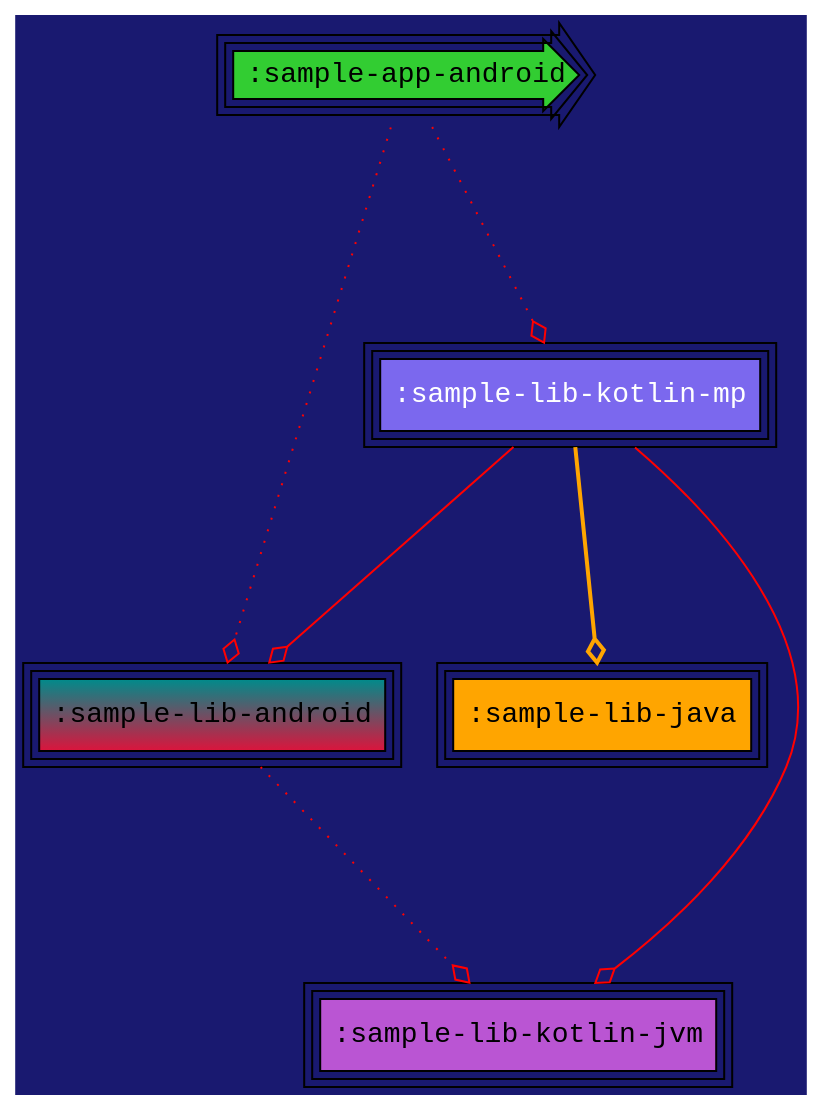
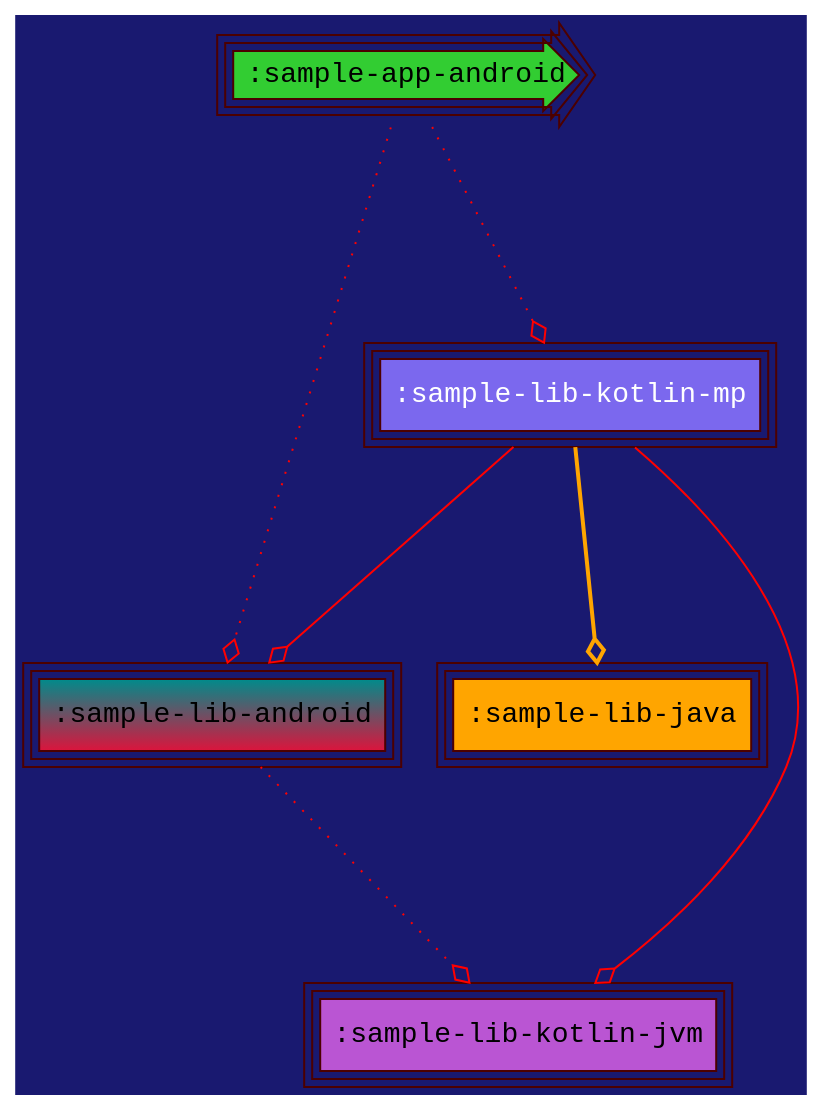
Before and after one commit to jonapoul/atlas: the diagram in samples/sample-graphviz/sample-app-android/modular/chart.dot, drawn with Graphviz. The commit also changed 47 other files, not shown here.

```diff
--- a/samples/sample-graphviz/sample-app-android/modular/chart.dot
+++ b/samples/sample-graphviz/sample-app-android/modular/chart.dot
@@ -1,16 +1,16 @@
 digraph {
   edge [arrowhead="ediamond",arrowtail="none",color="red",labelfloat="true",fontcolor="lime"]
   graph [layout="dot",bgcolor="MidnightBlue",fontsize="30",rankdir="TB",ranksep="1.5"]
-  node [fontname="Courier New",peripheries="3",style="filled",shape="box"]
+  node [fontname="Courier New",peripheries="3",style="filled",shape="box",color="#4C0000"]
   ":sample-app-android" [shape="rarrow",style="radial",fillcolor="limegreen"]
   ":sample-lib-android" [gradientangle="90",fillcolor="crimson:cyan4"]
   ":sample-lib-java" [fillcolor="orange"]
   ":sample-lib-kotlin-jvm" [fillcolor="mediumorchid"]
   ":sample-lib-kotlin-mp" [fontcolor="white",fillcolor="mediumslateblue"]
   ":sample-app-android" -> ":sample-lib-android" [style="dotted"]
   ":sample-app-android" -> ":sample-lib-kotlin-mp" [style="dotted"]
   ":sample-lib-android" -> ":sample-lib-kotlin-jvm" [style="dotted"]
   ":sample-lib-kotlin-mp" -> ":sample-lib-android" [style="solid"]
   ":sample-lib-kotlin-mp" -> ":sample-lib-java" [style="bold",color="orange"]
   ":sample-lib-kotlin-mp" -> ":sample-lib-kotlin-jvm" [style="solid"]
 }
```
